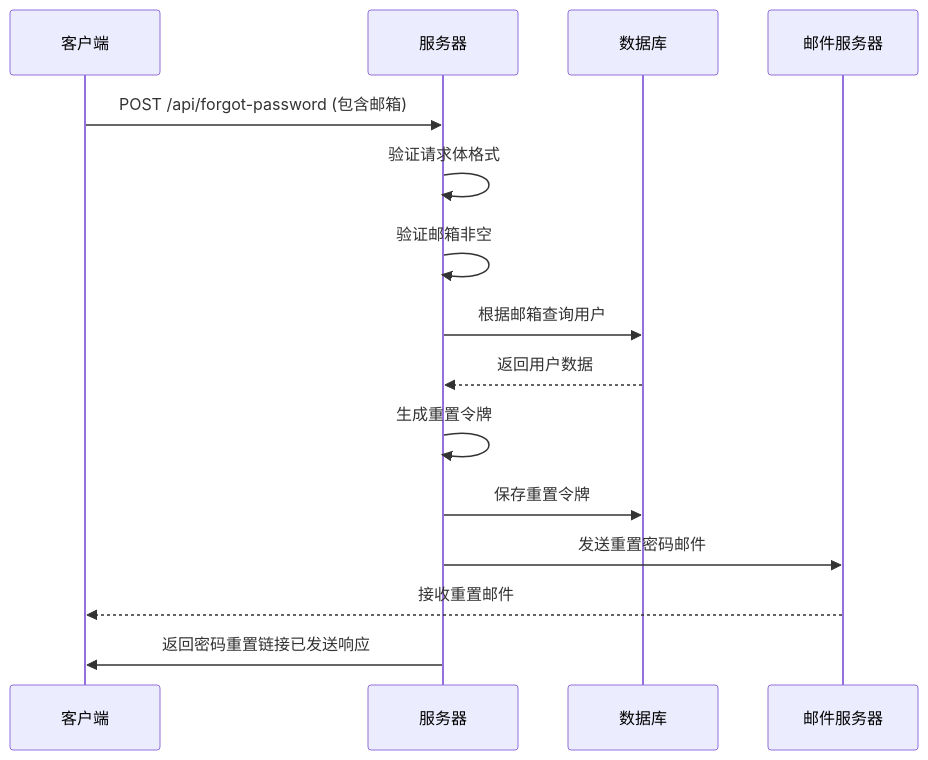
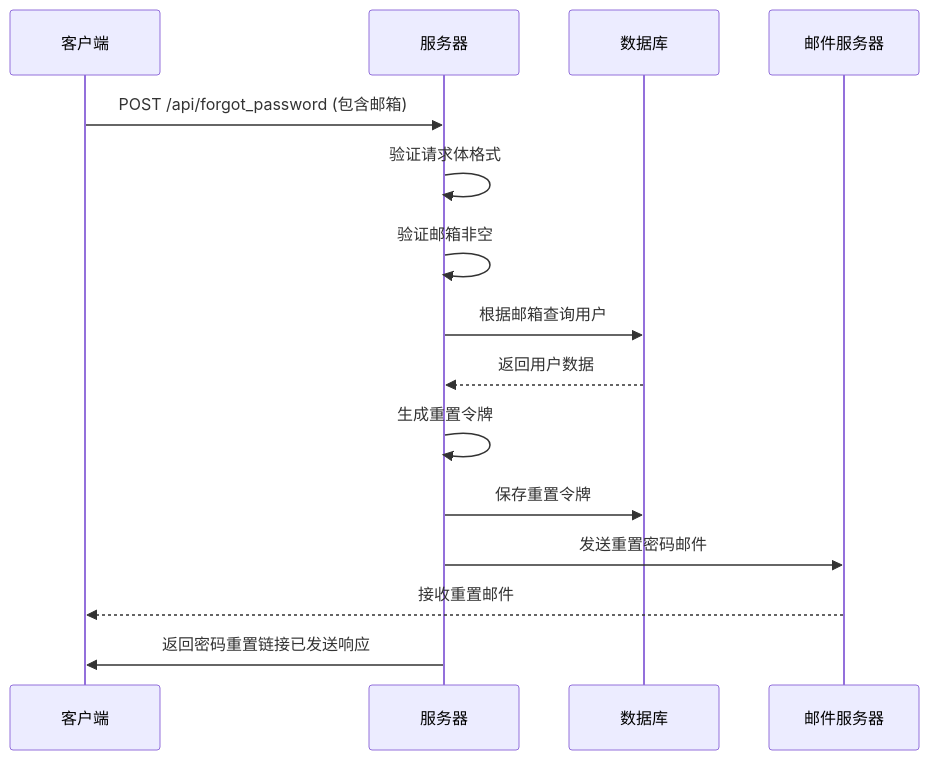
One commit to qicosmos/purecpp changed the fourth of 6 diagrams in docs/user_manage.md. Above: the diagram before and after it, drawn with Mermaid. The commit also changed other lines of this file and 19 other files, not shown here.

````diff
--- a/docs/user_manage.md
+++ b/docs/user_manage.md
@@ -512,18 +512,18 @@
 ```mermaid
 sequenceDiagram
     participant Client as 客户端
     participant Server as 服务器
     participant DB as 数据库
     participant Email as 邮件服务器
     
-    Client->>Server: POST /api/forgot-password (包含邮箱)
+    Client->>Server: POST /api/forgot_password (包含邮箱)
     Server->>Server: 验证请求体格式
     Server->>Server: 验证邮箱非空
     Server->>DB: 根据邮箱查询用户
     DB-->>Server: 返回用户数据
     Server->>Server: 生成重置令牌
     Server->>DB: 保存重置令牌
     Server->>Email: 发送重置密码邮件
     Email-->>Client: 接收重置邮件
     Server->>Client: 返回密码重置链接已发送响应
 ```
````
